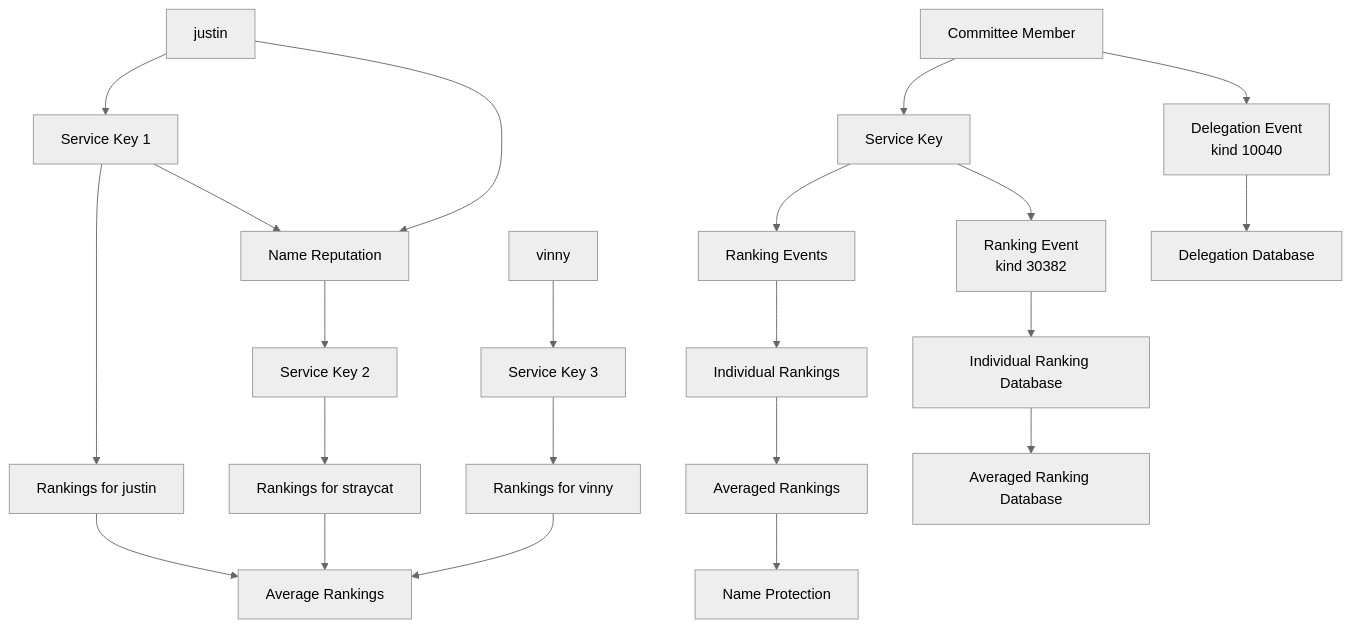
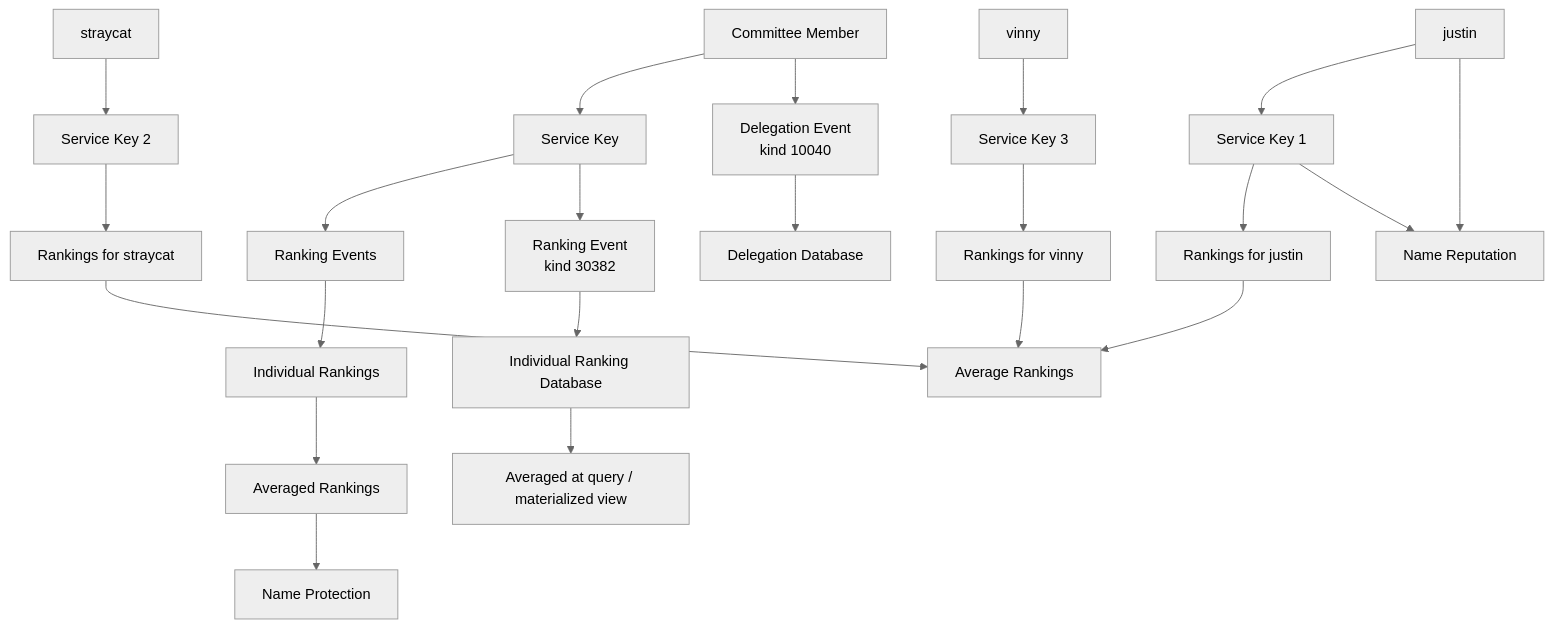
One commit to design-rrr/nymrank changed the fifth of 5 diagrams in event_analysis.md. Above: the diagram before and after it, drawn with Mermaid (neutral theme). The commit also changed other lines of this file and 5 other files, not shown here.

````diff
--- a/event_analysis.md
+++ b/event_analysis.md
@@ -208,30 +223,30 @@
 ```mermaid
 graph TD
     A[Committee Member] --> B[Service Key]
     B --> C[Ranking Events]
     C --> D[Individual Rankings]
     D --> E[Averaged Rankings]
     E --> F[Name Protection]
     
     G[justin] --> H[Service Key 1]
     I[straycat] --> J[Service Key 2]
     K[vinny] --> L[Service Key 3]
     
     H --> M[Rankings for justin]
     J --> N[Rankings for straycat]
     L --> O[Rankings for vinny]
     
     M --> P[Average Rankings]
     N --> P
     O --> P
     
     A --> Q[Delegation Event<br/>kind 10040]
     B --> R[Ranking Event<br/>kind 30382]
     
     Q --> S[Delegation Database]
     R --> T[Individual Ranking Database]
-    T --> U[Averaged Ranking Database]
+    T --> U[Averaged at query / materialized view]
     
-    G --> I[Name Reputation]
-    H --> I
+    G --> NR[Name Reputation]
+    H --> NR
 ```
````
